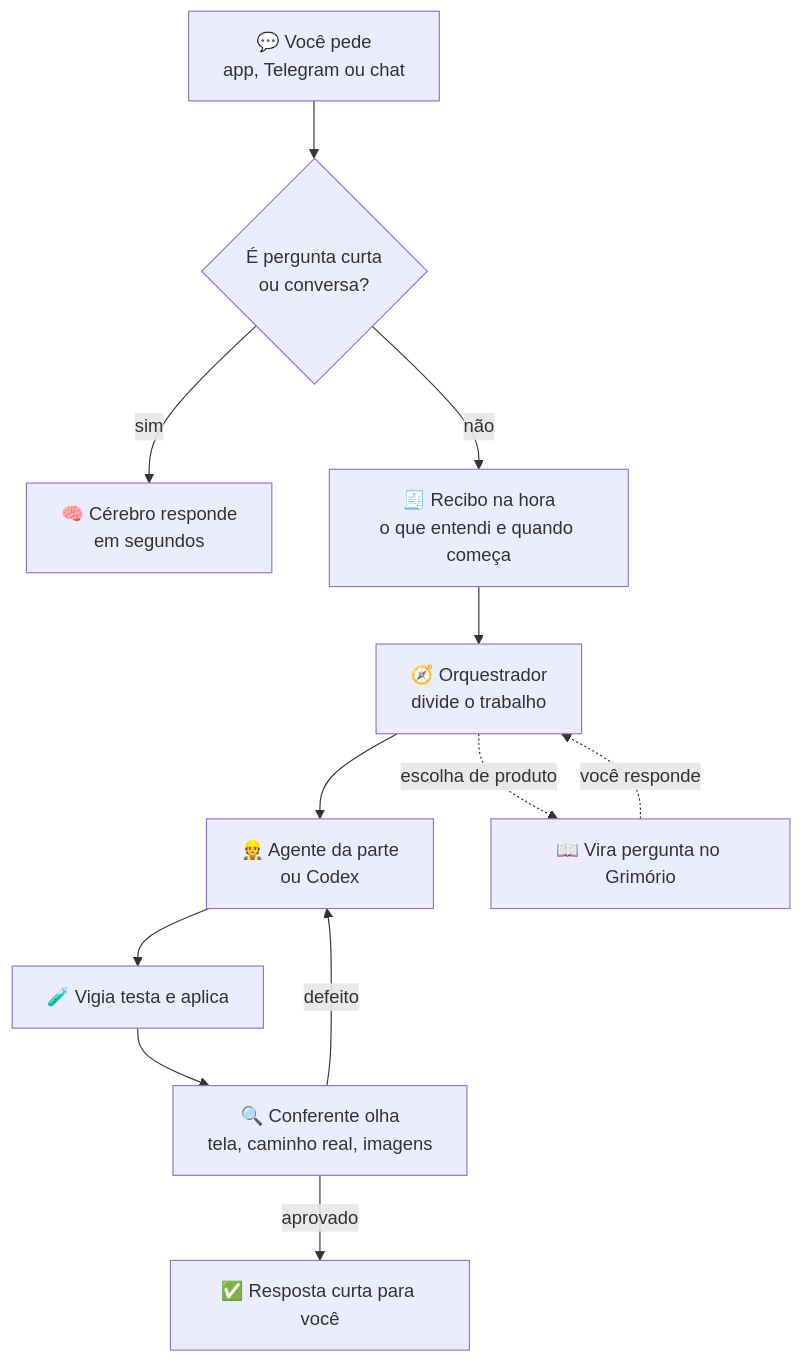
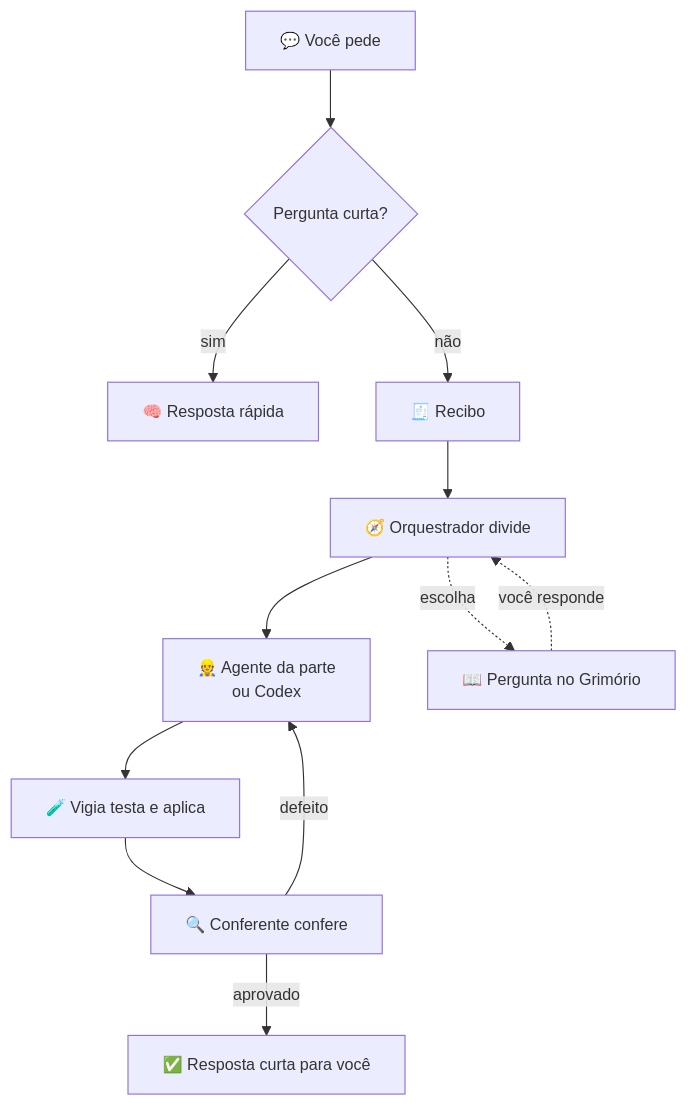
Before and after one commit to zaptod/projetos: the diagram in docs/obsidian/cofre/03 🗺️ Entender o projeto/Como funciona/A equipe.md, drawn with Mermaid. The commit also changed other lines of this file and 10 other files, not shown here.

````diff
--- a/docs/obsidian/cofre/03 🗺️ Entender o projeto/Como funciona/A equipe.md
+++ b/docs/obsidian/cofre/03 🗺️ Entender o projeto/Como funciona/A equipe.md
@@ -30,14 +30,15 @@
 ```mermaid
+%%{init: {'themeVariables': {'fontSize': '14px'}} }%%
 flowchart TD
-    A["💬 Você pede<br/>app, Telegram ou chat"] --> B{"É pergunta curta<br/>ou conversa?"}
-    B -- sim --> C["🧠 Cérebro responde<br/>em segundos"]
-    B -- não --> D["🧾 Recibo na hora<br/>o que entendi e quando começa"]
-    D --> E["🧭 Orquestrador<br/>divide o trabalho"]
+    A["💬 Você pede"] --> B{"Pergunta curta?"}
+    B -- sim --> C["🧠 Resposta rápida"]
+    B -- não --> D["🧾 Recibo"]
+    D --> E["🧭 Orquestrador divide"]
     E --> F["👷 Agente da parte<br/>ou Codex"]
     F --> G["🧪 Vigia testa e aplica"]
-    G --> H["🔍 Conferente olha<br/>tela, caminho real, imagens"]
+    G --> H["🔍 Conferente confere"]
     H -- aprovado --> I["✅ Resposta curta para você"]
     H -- defeito --> F
-    E -. escolha de produto .-> J["📖 Vira pergunta no Grimório"]
+    E -. escolha .-> J["📖 Pergunta no Grimório"]
     J -. você responde .-> E
 ```
````
